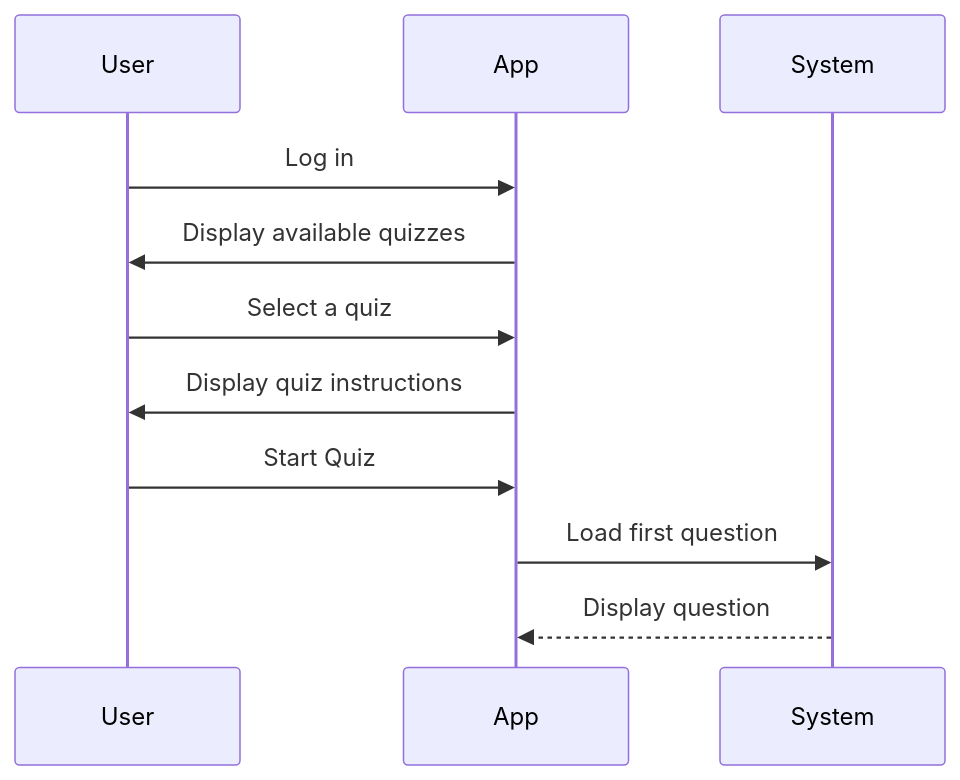
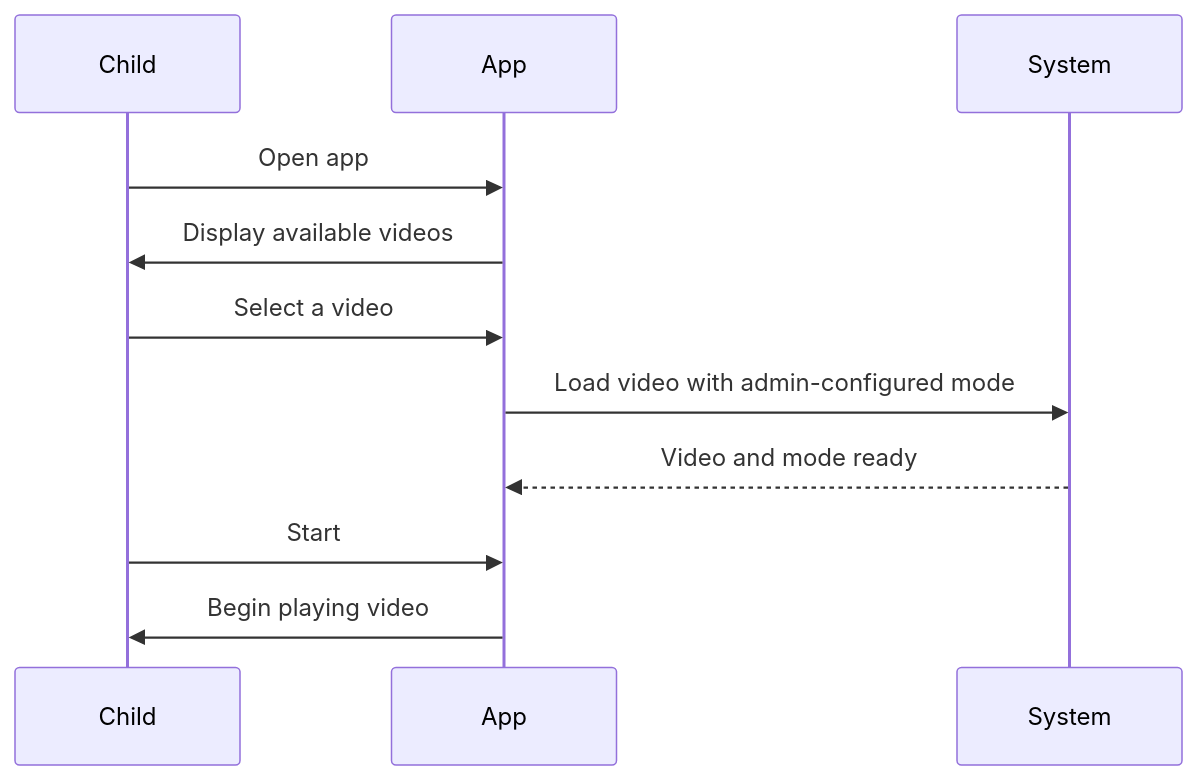
The second of 6 diagrams in documentation/docs/system-architecture/sequence-diagrams.md (Capstone-Projects-2026-spring/piggyback-learning-2), drawn with Mermaid before and after one commit. The commit also changed other lines of this file, not shown here.

Commit message:
docs: update sequence diagrams to reflect new interaction modes and add use case 7

````diff
--- a/documentation/docs/system-architecture/sequence-diagrams.md
+++ b/documentation/docs/system-architecture/sequence-diagrams.md
@@ -28,14 +28,14 @@
 ```mermaid
 sequenceDiagram
-    participant User
+    participant Child
     participant App
     participant System
-
-    User->>App: Log in
-    App->>User: Display available quizzes
-    User->>App: Select a quiz
-    App->>User: Display quiz instructions
-    User->>App: Start Quiz
-    App->>System: Load first question
-    System-->>App: Display question
+    
+    Child->>App: Open app
+    App->>Child: Display available videos
+    Child->>App: Select a video
+    App->>System: Load video with admin-configured mode
+    System-->>App: Video and mode ready
+    Child->>App: Start
+    App->>Child: Begin playing video
 ```
````
